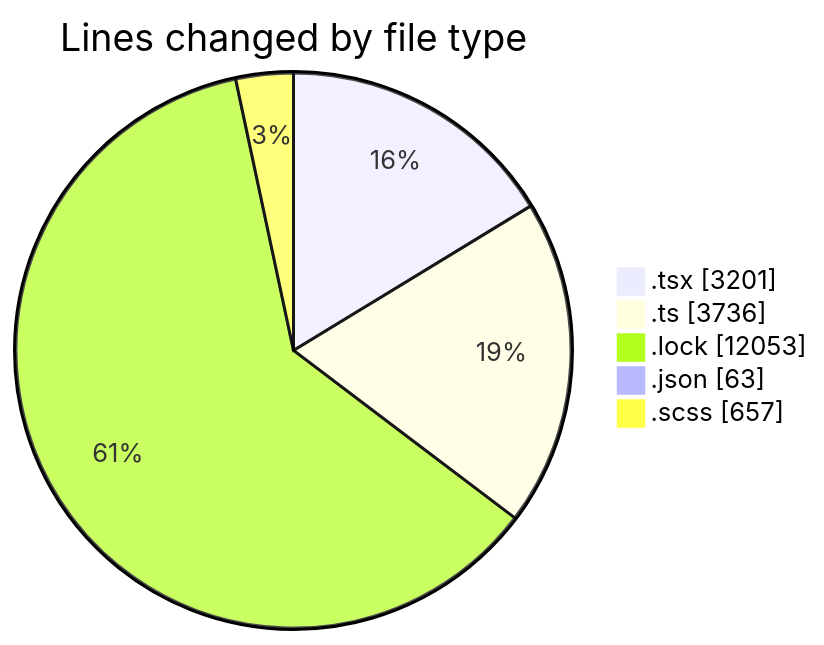
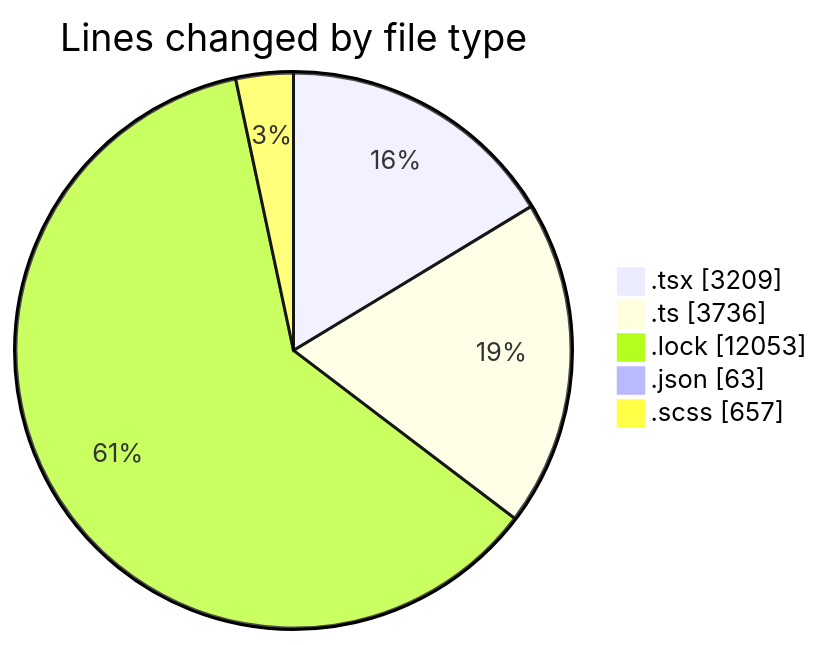
The first of 2 diagrams in 2025-12-03/cda/README.md (momahboobian/code-tracking), drawn with Mermaid before and after one commit. The commit also changed other lines of this file and 1 other file, not shown here.

````diff
--- a/2025-12-03/cda/README.md
+++ b/2025-12-03/cda/README.md
@@ -31,9 +31,9 @@
 ```mermaid
 pie showData
 title Lines changed by file type
-".tsx" : 3201
+".tsx" : 3209
 ".ts" : 3736
 ".lock" : 12053
 ".json" : 63
 ".scss" : 657
 ```
````
